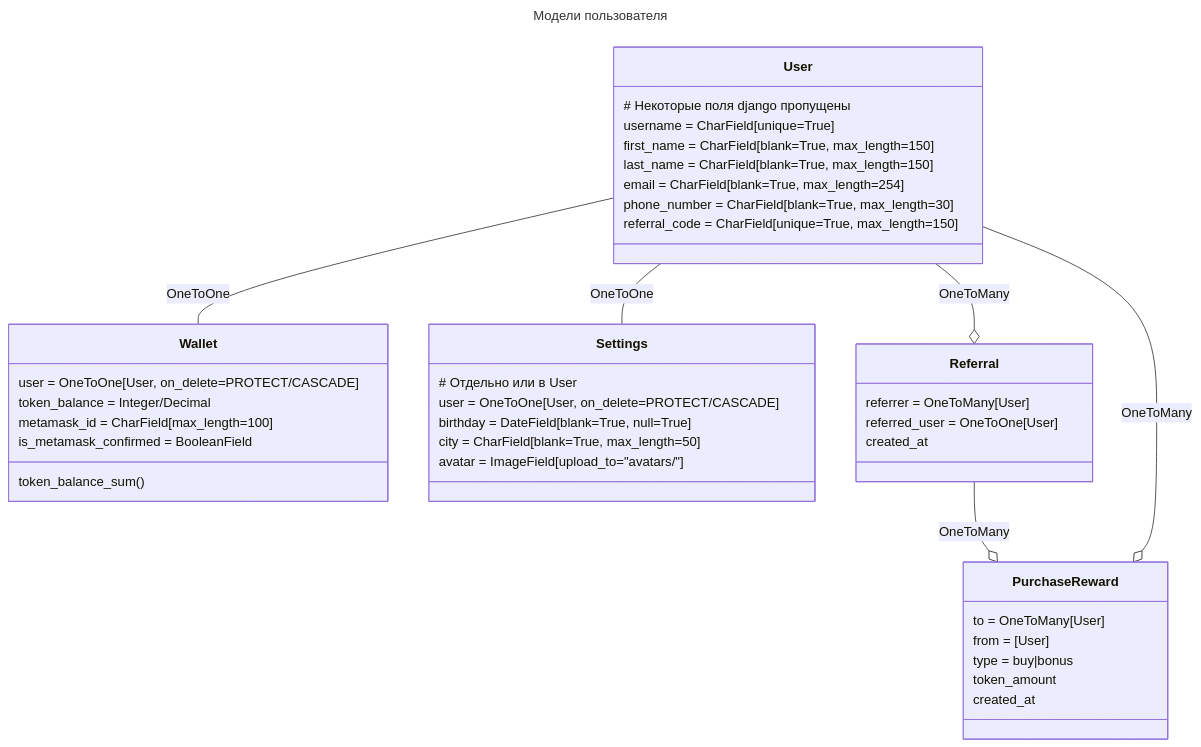
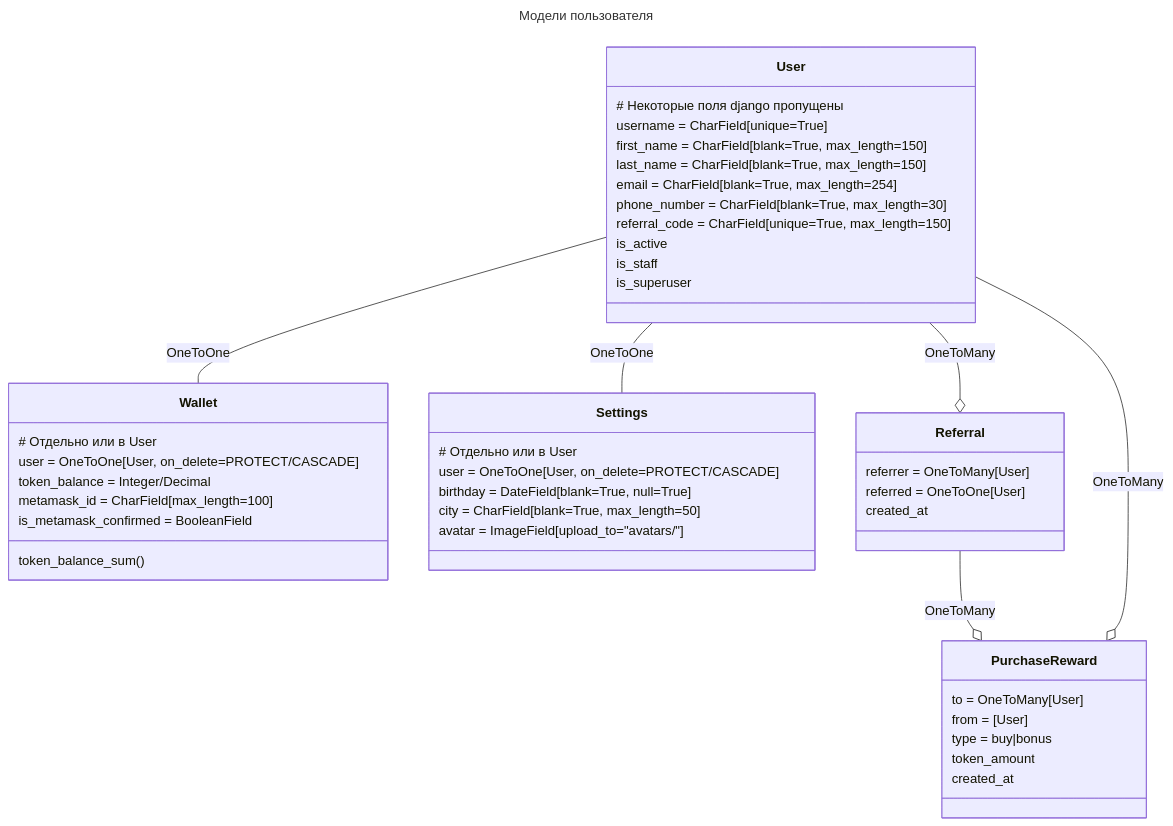
The first of 3 diagrams in README.md (DmitryPi/market_django), drawn with Mermaid before and after one commit. The commit also changed other lines of this file and 11 other files, not shown here.

````diff
--- a/README.md
+++ b/README.md
@@ -37,51 +39,55 @@
 ```mermaid
 ---
 title: Модели пользователя
 ---
 classDiagram
     User -- Wallet : OneToOne
     User -- Settings : OneToOne
     User --o Referral : OneToMany
     Referral --o PurchaseReward : OneToMany
     User --o PurchaseReward : OneToMany
 
     class User {
         # Некоторые поля django пропущены
         username = CharField[unique=True]
         first_name = CharField[blank=True, max_length=150]
         last_name = CharField[blank=True, max_length=150]
         email = CharField[blank=True, max_length=254]
         phone_number = CharField[blank=True, max_length=30]
         referral_code = CharField[unique=True, max_length=150]
+        is_active
+        is_staff
+        is_superuser
     }
 
     class Wallet {
+        # Отдельно или в User
         user = OneToOne[User, on_delete=PROTECT/CASCADE]
         token_balance = Integer/Decimal
         metamask_id = CharField[max_length=100]
         is_metamask_confirmed = BooleanField
         token_balance_sum()
     }
 
     class Settings {
         # Отдельно или в User
         user = OneToOne[User, on_delete=PROTECT/CASCADE]
         birthday = DateField[blank=True, null=True]
         city = CharField[blank=True, max_length=50]
         avatar = ImageField[upload_to="avatars/"]
     }
 
     class Referral {
         referrer = OneToMany[User]
-        referred_user = OneToOne[User]
+        referred = OneToOne[User]
         created_at
     }
 
     class PurchaseReward {
         to = OneToMany[User]
         from = [User]
         type = buy|bonus
         token_amount
         created_at
     }
 ```
````
